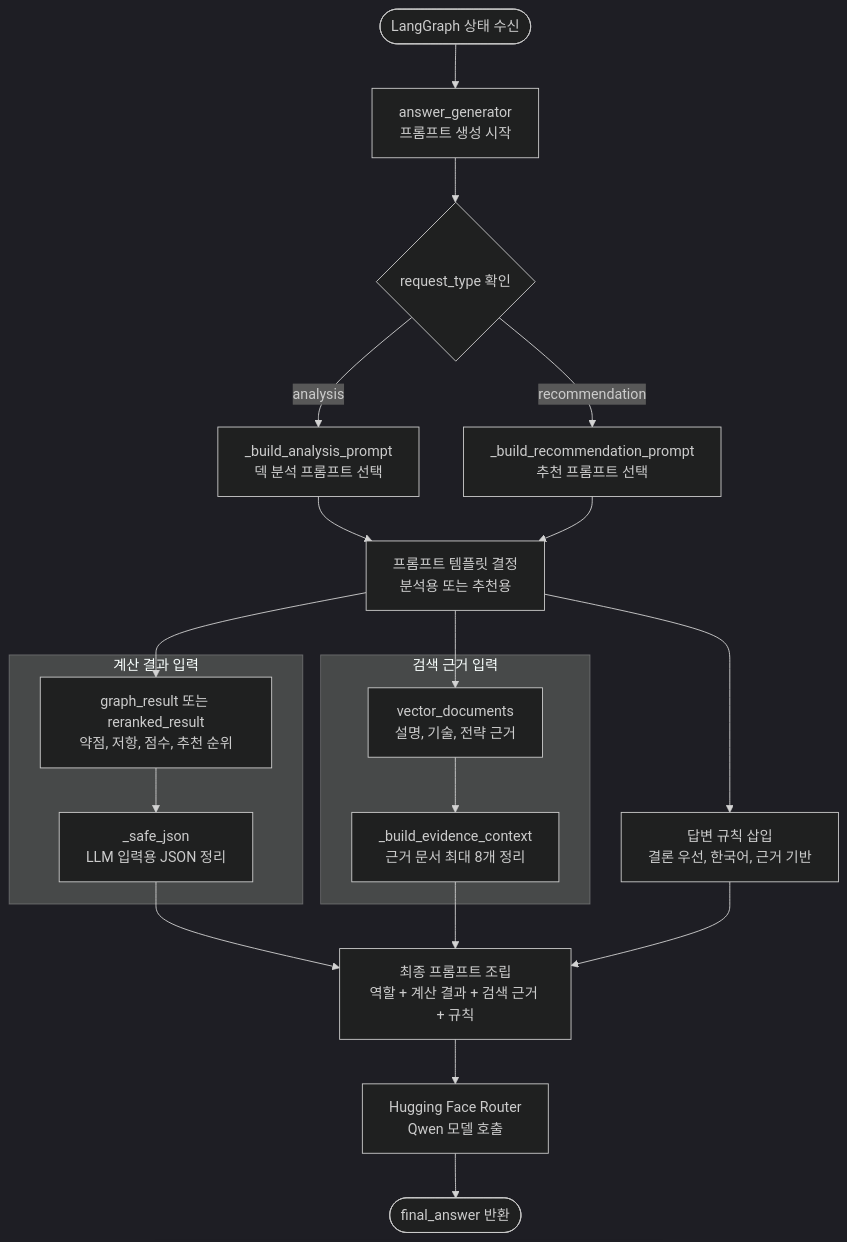
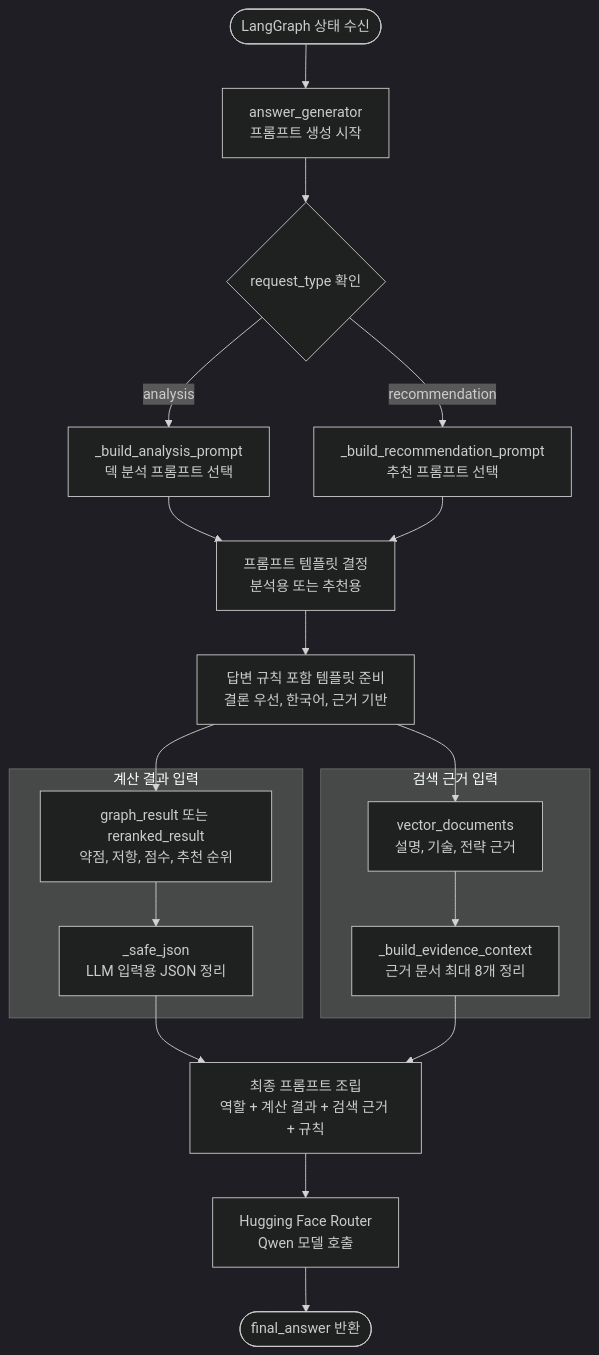
Before and after one commit to SKNETWORKS-FAMILY-AICAMP/SKN27-3rd-3TEAM: the diagram in docs/팀빌딩/08_프롬프트명세서.md, drawn with Mermaid (dark theme).

Commit message:
진막!

````diff
--- a/docs/팀빌딩/08_프롬프트명세서.md
+++ b/docs/팀빌딩/08_프롬프트명세서.md
@@ -141,42 +141,41 @@
 ```mermaid
 flowchart TD
     START(["LangGraph 상태 수신"])
     ANSWER["answer_generator<br/>프롬프트 생성 시작"]
     TYPE{"request_type 확인"}
     ANALYSIS["_build_analysis_prompt<br/>덱 분석 프롬프트 선택"]
     RECOMMEND["_build_recommendation_prompt<br/>추천 프롬프트 선택"]
     TEMPLATE["프롬프트 템플릿 결정<br/>분석용 또는 추천용"]
 
     subgraph GRAPH_CONTEXT["계산 결과 입력"]
         GRAPH_RESULT["graph_result 또는 reranked_result<br/>약점, 저항, 점수, 추천 순위"]
         COMPACT["_safe_json<br/>LLM 입력용 JSON 정리"]
     end
 
     subgraph VECTOR_CONTEXT["검색 근거 입력"]
         VECTOR_DOCS["vector_documents<br/>설명, 기술, 전략 근거"]
         EVIDENCE["_build_evidence_context<br/>근거 문서 최대 8개 정리"]
     end
 
-    RULES["답변 규칙 삽입<br/>결론 우선, 한국어, 근거 기반"]
+    RULES["답변 규칙 포함 템플릿 준비<br/>결론 우선, 한국어, 근거 기반"]
     PROMPT["최종 프롬프트 조립<br/>역할 + 계산 결과 + 검색 근거 + 규칙"]
     CALL["Hugging Face Router<br/>Qwen 모델 호출"]
     FINAL(["final_answer 반환"])
 
     START --> ANSWER --> TYPE
     TYPE -- "analysis" --> ANALYSIS
     TYPE -- "recommendation" --> RECOMMEND
     ANALYSIS --> TEMPLATE
     RECOMMEND --> TEMPLATE
 
-    TEMPLATE --> GRAPH_RESULT
-    TEMPLATE --> VECTOR_DOCS
     TEMPLATE --> RULES
+    RULES --> GRAPH_RESULT
+    RULES --> VECTOR_DOCS
 
     GRAPH_RESULT --> COMPACT
     VECTOR_DOCS --> EVIDENCE
     COMPACT --> PROMPT
     EVIDENCE --> PROMPT
-    RULES --> PROMPT
 
     PROMPT --> CALL --> FINAL
 ```
````
